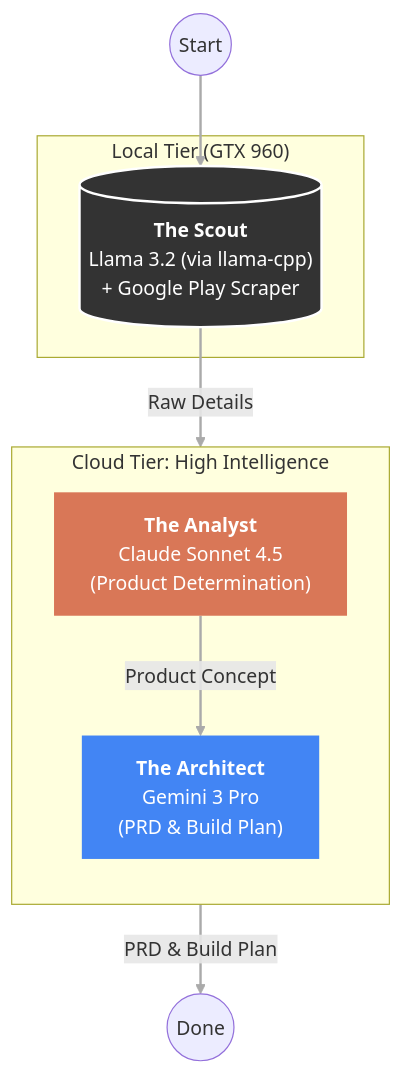
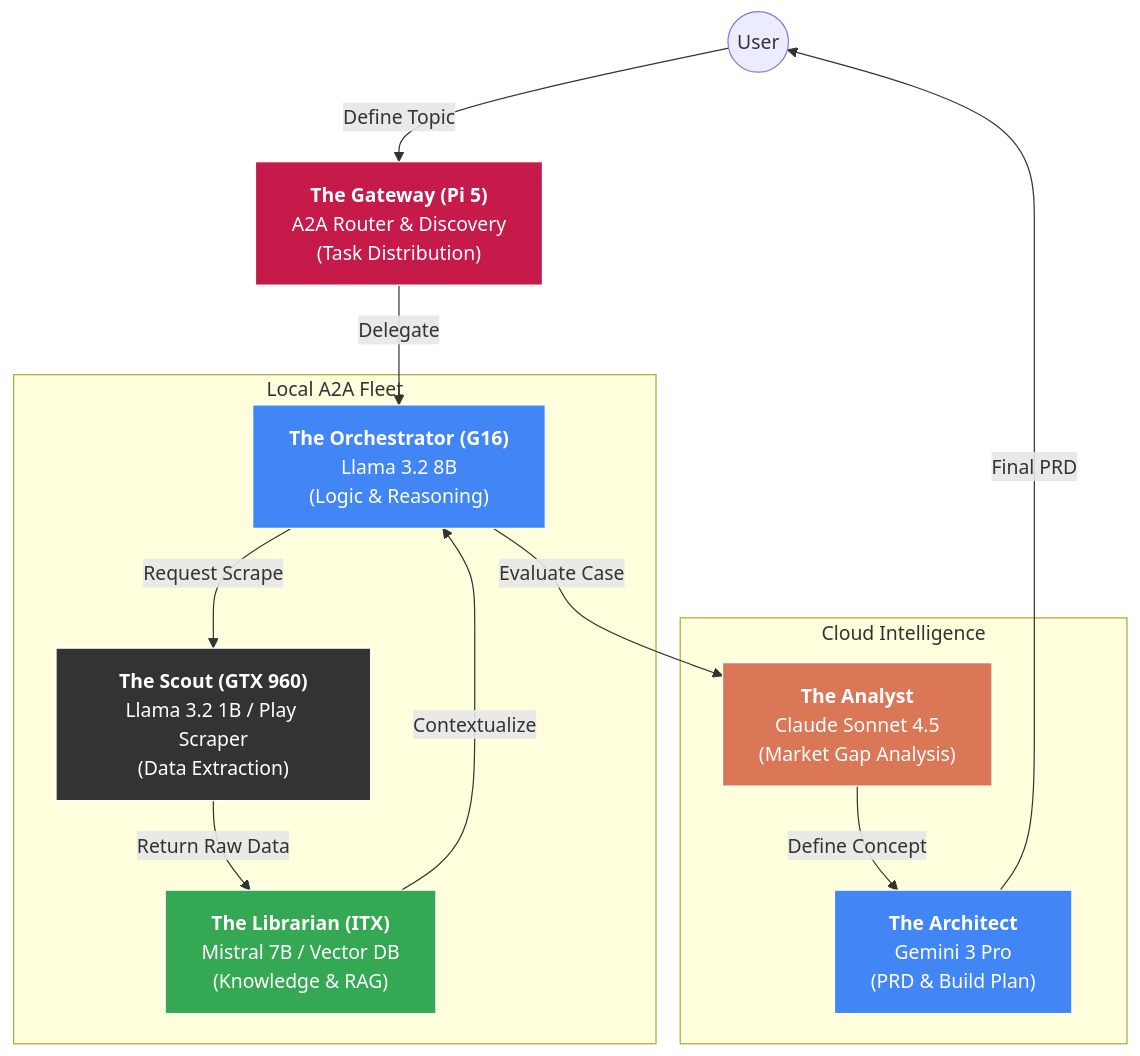
The diagram in README.md (J-Code-Sigma/Google-Play-Multi-Agent-System), drawn with Mermaid before and after one commit. The commit also changed other lines of this file and 1 other file, not shown here.

````diff
--- a/README.md
+++ b/README.md
@@ -9,26 +18,35 @@
 ```mermaid
 graph TD
-    %% Subgraphs
-    subgraph Local_Tier["Local Tier (GTX 960)"]
-        Scout[("<b>The Scout</b><br/>Llama 3.2 (via llama-cpp)<br/>+ Google Play Scraper")]
-        style Scout fill:#333,stroke:#fff,stroke-width:2px,color:#fff
+    %% Nodes
+    User((User))
+    Gateway["<b>The Gateway (Pi 5)</b><br/>A2A Router & Discovery<br/>(Task Distribution)"]
+    
+    subgraph Local_Compute_Cluster["Local A2A Fleet"]
+        Orchestrator["<b>The Orchestrator (G16)</b><br/>Llama 3.2 8B<br/>(Logic & Reasoning)"]
+        Librarian["<b>The Librarian (ITX)</b><br/>Mistral 7B / Vector DB<br/>(Knowledge & RAG)"]
+        Scout["<b>The Scout (GTX 960)</b><br/>Llama 3.2 1B / Play Scraper<br/>(Data Extraction)"]
     end
 
-    subgraph Cloud_Intelligence["Cloud Tier: High Intelligence"]
-        direction TB
-        Analyst["<b>The Analyst</b><br/>Claude Sonnet 4.5<br/>(Product Determination)"]
+    subgraph Cloud_Tier["Cloud Intelligence"]
+        Analyst["<b>The Analyst</b><br/>Claude Sonnet 4.5<br/>(Market Gap Analysis)"]
         Architect["<b>The Architect</b><br/>Gemini 3 Pro<br/>(PRD & Build Plan)"]
-        
-        style Analyst fill:#D97757,stroke:#fff,stroke-width:0px,color:#fff
-        style Architect fill:#4285F4,stroke:#fff,stroke-width:0px,color:#fff
     end
 
     %% Flow
-    Start((Start)) --> Scout
-    Scout -- "Raw Details" --> Analyst
-    Analyst -- "Product Concept" --> Architect
-    Architect -- "PRD & Build Plan" --> Output((Done))
+    User -->|Define Topic| Gateway
+    Gateway -->|Delegate| Orchestrator
+    Orchestrator -->|Request Scrape| Scout
+    Scout -->|Return Raw Data| Librarian
+    Librarian -->|Contextualize| Orchestrator
+    Orchestrator -->|Evaluate Case| Analyst
+    Analyst -->|Define Concept| Architect
+    Architect -->|Final PRD| User
 
     %% Styling
-    linkStyle default stroke:#aaa,stroke-width:2px;
+    style Gateway fill:#C51A4A,stroke:#fff,color:#fff
+    style Orchestrator fill:#4285F4,stroke:#fff,color:#fff
+    style Librarian fill:#34A853,stroke:#fff,color:#fff
+    style Scout fill:#333,stroke:#fff,color:#fff
+    style Analyst fill:#D97757,stroke:#fff,color:#fff
+    style Architect fill:#4285F4,stroke:#fff,color:#fff
 ```
````
